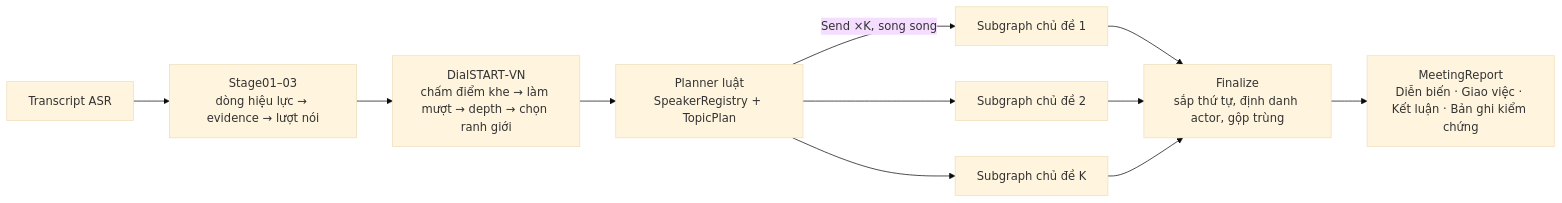
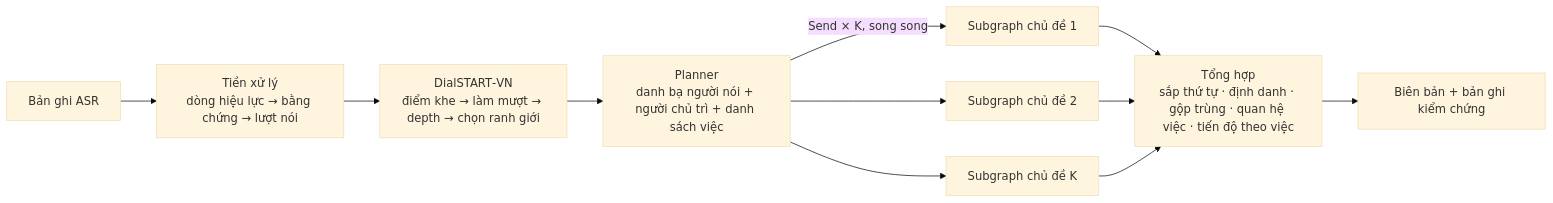
One commit to Audrey178/meeting_analysis changed the first of 2 diagrams in meeting_analysis/paper/PAPER.md. Above: the diagram before and after it, drawn with Mermaid (base theme). The commit also changed other lines of this file, not shown here.

````diff
--- a/meeting_analysis/paper/PAPER.md
+++ b/meeting_analysis/paper/PAPER.md
@@ -149,11 +174,11 @@
 ```mermaid
 flowchart LR
-  A[Transcript ASR] --> B[Stage01–03<br/>dòng hiệu lực → evidence → lượt nói]
-  B --> C[DialSTART‑VN<br/>chấm điểm khe → làm mượt → depth → chọn ranh giới]
-  C --> D[Planner luật<br/>SpeakerRegistry + TopicPlan]
-  D -->|Send ×K, song song| E1[Subgraph chủ đề 1]
-  D --> E2[Subgraph chủ đề 2]
-  D --> E3[Subgraph chủ đề K]
-  E1 & E2 & E3 --> F[Finalize<br/>sắp thứ tự, định danh actor, gộp trùng]
-  F --> G[MeetingReport<br/>Diễn biến · Giao việc · Kết luận · Bản ghi kiểm chứng]
+  A[Bản ghi ASR] --> B[Tiền xử lý<br/>dòng hiệu lực → bằng chứng → lượt nói]
+  B --> C[DialSTART‑VN<br/>điểm khe → làm mượt → depth → chọn ranh giới]
+  C --> D[Planner<br/>danh bạ người nói + người chủ trì + danh sách việc]
+  D -->|Send × K, song song| T1[Subgraph chủ đề 1]
+  D --> T2[Subgraph chủ đề 2]
+  D --> TK[Subgraph chủ đề K]
+  T1 & T2 & TK --> F[Tổng hợp<br/>sắp thứ tự · định danh · gộp trùng · quan hệ việc · tiến độ theo việc]
+  F --> R[Biên bản + bản ghi kiểm chứng]
 ```
````
